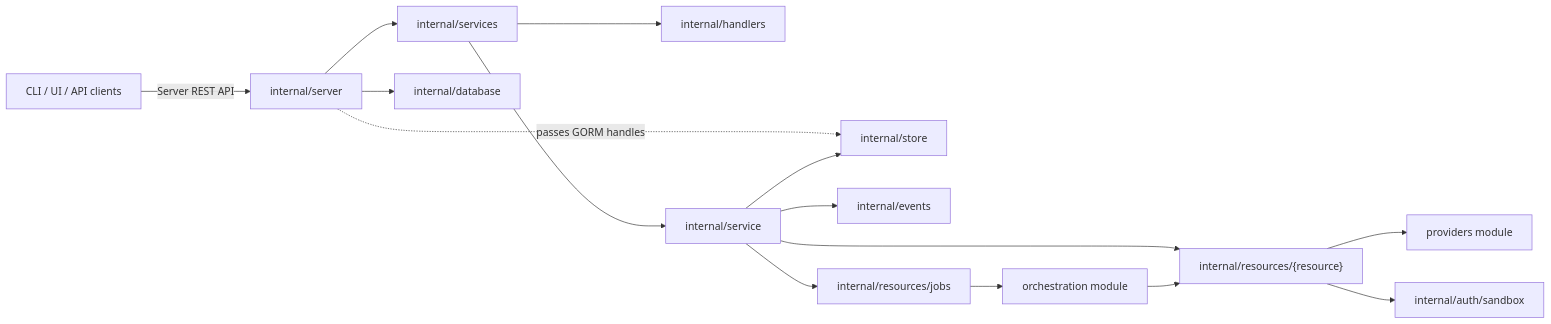
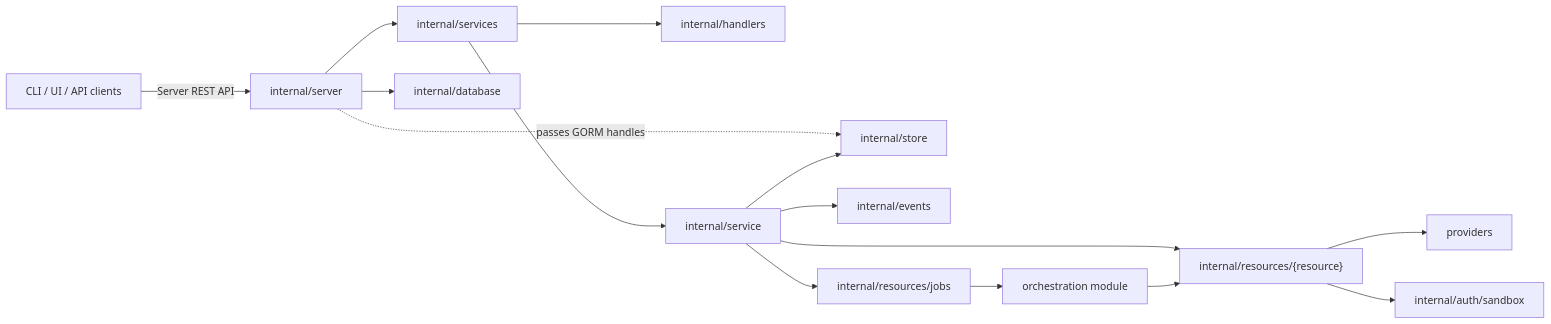
Before and after one commit to discobox-ai/discobox: the first of 2 diagrams in server/DESIGN.md, drawn with Mermaid. The commit also changed other lines of this file and 139 other files, not shown here.

````diff
--- a/server/DESIGN.md
+++ b/server/DESIGN.md
@@ -11,17 +11,17 @@
 ```mermaid
 flowchart LR
     clients[CLI / UI / API clients] -->|Server REST API| http[internal/server]
     http --> api[internal/services]
     api --> handlers[internal/handlers]
     http --> database[internal/database]
     http -. passes GORM handles .-> store[internal/store]
     api --> service[internal/service]
     service --> resources["internal/resources/{resource}"]
     service --> store
     service --> events[internal/events]
     service --> jobs[internal/resources/jobs]
     jobs --> orchestration[orchestration module]
     orchestration --> resources
-    resources --> providers[providers module]
+    resources --> providers[providers]
     resources --> sandboxauth[internal/auth/sandbox]
 ```
````
